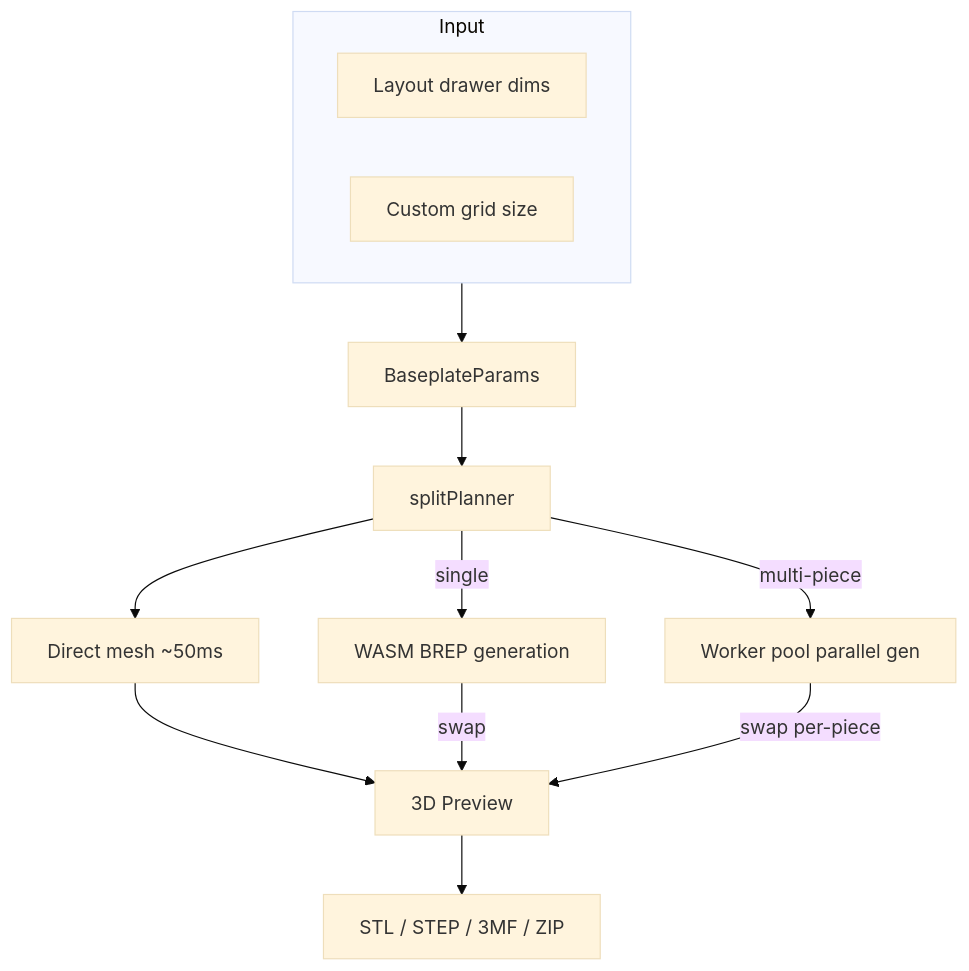
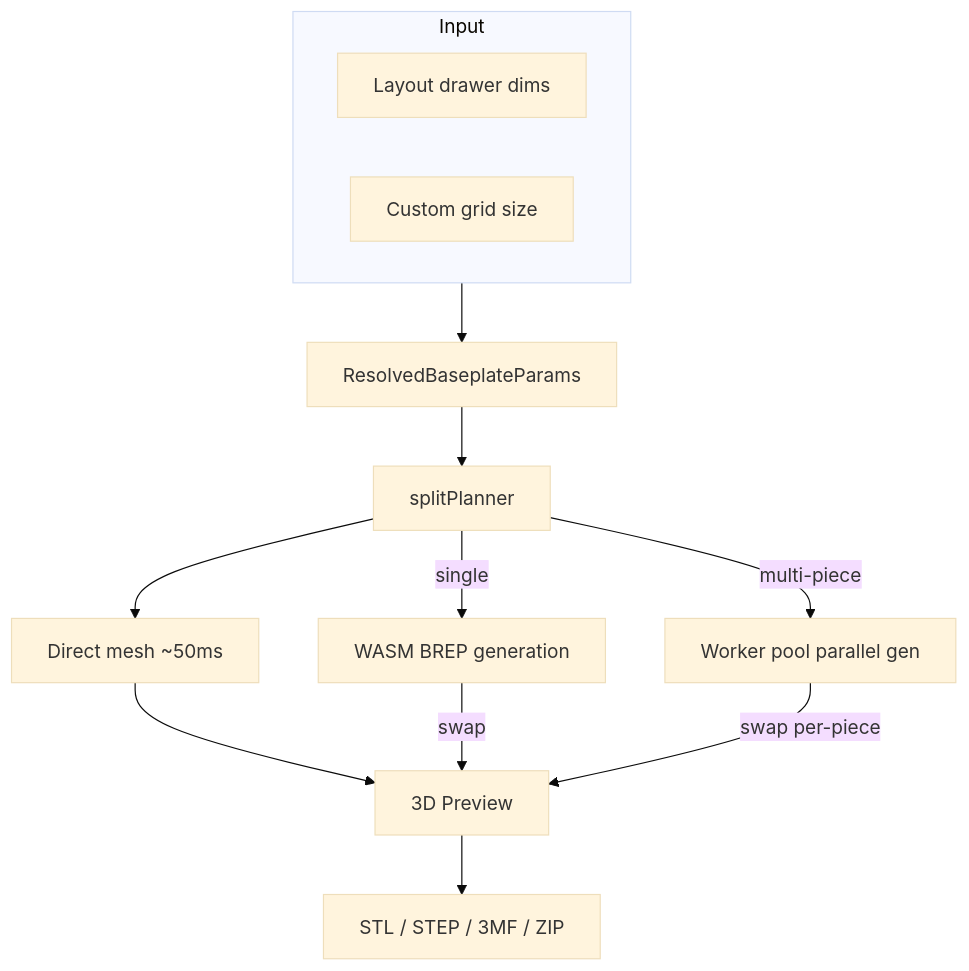
Before and after one commit to andymai/gridfinity-layout-tool: the diagram in src/features/baseplate/README.md, drawn with Mermaid (base theme). The commit also changed 70 other files, not shown here.

First line of the commit message:
refactor(types): split dual BaseplateParams into Stored/Resolved

````diff
--- a/src/features/baseplate/README.md
+++ b/src/features/baseplate/README.md
@@ -5,16 +5,16 @@
 ```mermaid
 graph TB
     subgraph Input
         Sync[Layout drawer dims]
         Custom[Custom grid size]
     end
-    Input --> Params[BaseplateParams]
+    Input --> Params[ResolvedBaseplateParams]
     Params --> Tiling[splitPlanner]
     Tiling --> Direct[Direct mesh ~50ms]
     Direct --> Preview[3D Preview]
     Tiling -->|single| Gen[WASM BREP generation]
     Tiling -->|multi-piece| Pool[Worker pool parallel gen]
     Gen -->|swap| Preview
     Pool -->|swap per-piece| Preview
     Preview --> Export[STL / STEP / 3MF / ZIP]
 ```
````
